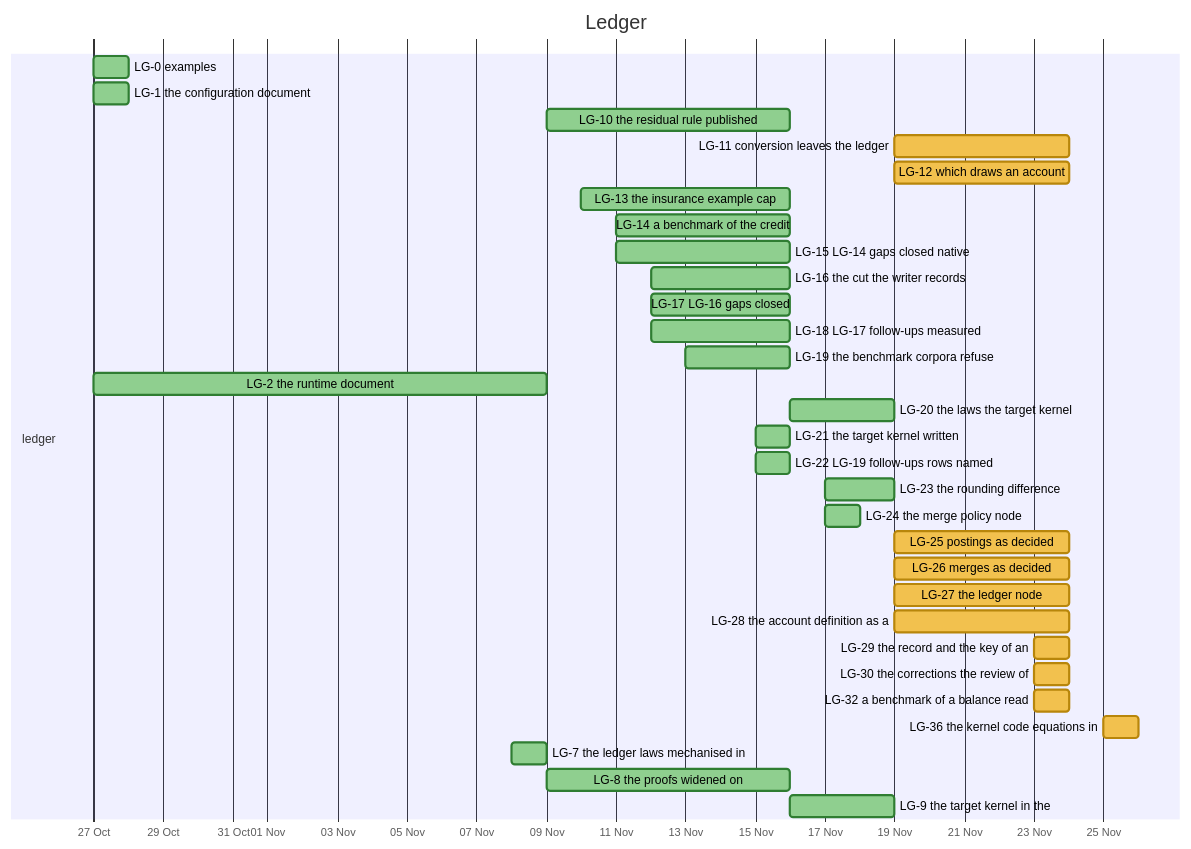
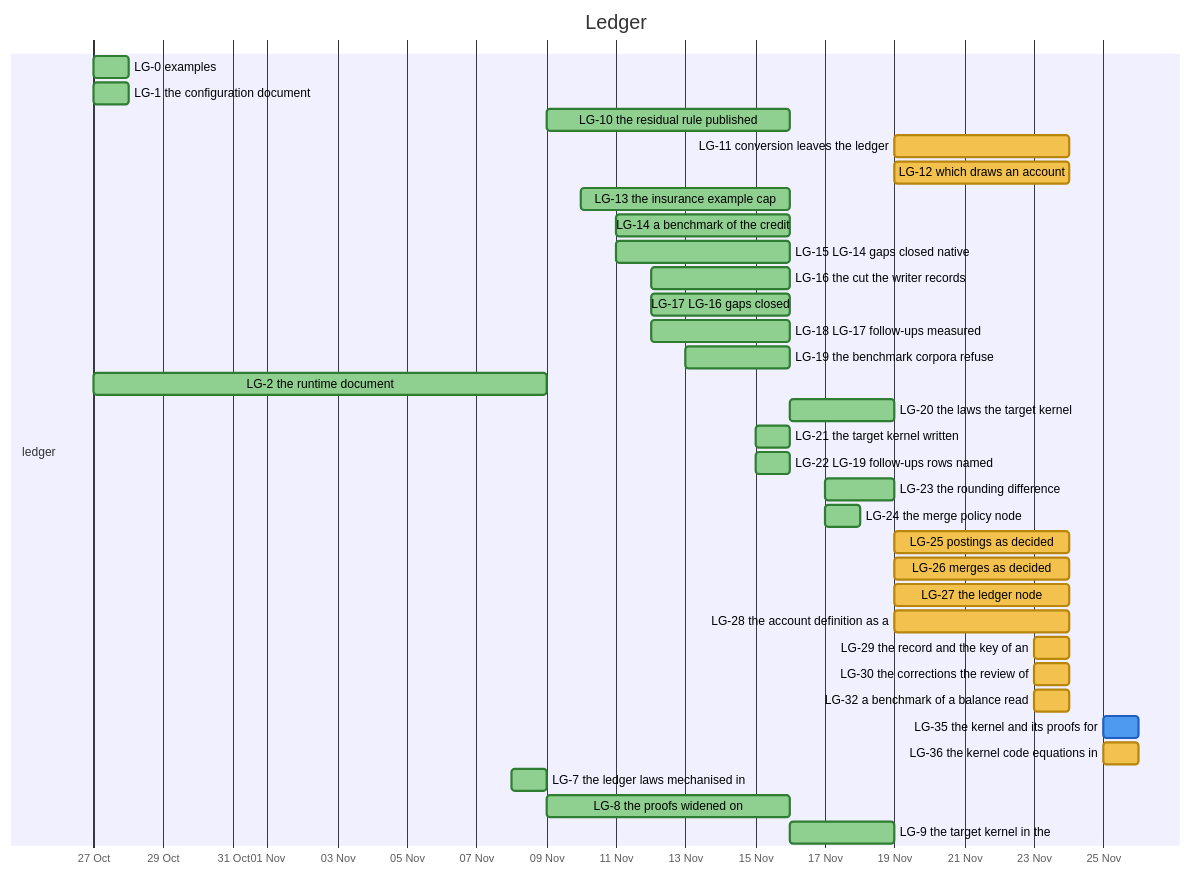
One commit to nebularis/lattice changed the tenth of 32 diagrams in docs/developer/ROADMAP.md. Above: the diagram before and after it, drawn with Mermaid. The commit also changed other lines of this file and 16 other files, not shown here.

````diff
--- a/docs/developer/ROADMAP.md
+++ b/docs/developer/ROADMAP.md
@@ -338,37 +338,38 @@
 ```mermaid
 %%{init: {"themeVariables": {"taskBkgColor": "#f2c14e", "taskBorderColor": "#b8860b", "taskTextColor": "#000000", "activeTaskBkgColor": "#4e9af1", "activeTaskBorderColor": "#1f5fbf", "activeTaskBorderColor": "#1f5fbf", "doneTaskBkgColor": "#8fcf8f", "doneTaskBorderColor": "#2f7d32", "critBkgColor": "#f28b82", "critBorderColor": "#b23a30", "taskTextDarkColor": "#000000", "taskTextLightColor": "#000000"}}}%%
 gantt
     title Ledger
     dateFormat YYYY-MM-DD
     axisFormat %d %b
     section ledger
     LG-0 examples :done, lg0, 2026-10-27, 2026-10-28
     LG-1 the configuration document :done, lg1, 2026-10-27, 2026-10-28
     LG-10 the residual rule published :done, lg10, 2026-11-09, 2026-11-16
     LG-11 conversion leaves the ledger :lg11, 2026-11-19, 2026-11-24
     LG-12 which draws an account :lg12, 2026-11-19, 2026-11-24
     LG-13 the insurance example cap :done, lg13, 2026-11-10, 2026-11-16
     LG-14 a benchmark of the credit :done, lg14, 2026-11-11, 2026-11-16
     LG-15 LG-14 gaps closed native :done, lg15, 2026-11-11, 2026-11-16
     LG-16 the cut the writer records :done, lg16, 2026-11-12, 2026-11-16
     LG-17 LG-16 gaps closed :done, lg17, 2026-11-12, 2026-11-16
     LG-18 LG-17 follow-ups measured :done, lg18, 2026-11-12, 2026-11-16
     LG-19 the benchmark corpora refuse :done, lg19, 2026-11-13, 2026-11-16
     LG-2 the runtime document :done, lg2, 2026-10-27, 2026-11-09
     LG-20 the laws the target kernel :done, lg20, 2026-11-16, 2026-11-19
     LG-21 the target kernel written :done, lg21, 2026-11-15, 2026-11-16
     LG-22 LG-19 follow-ups rows named :done, lg22, 2026-11-15, 2026-11-16
     LG-23 the rounding difference :done, lg23, 2026-11-17, 2026-11-19
     LG-24 the merge policy node :done, lg24, 2026-11-17, 2026-11-18
     LG-25 postings as decided :lg25, 2026-11-19, 2026-11-24
     LG-26 merges as decided :lg26, 2026-11-19, 2026-11-24
     LG-27 the ledger node :lg27, 2026-11-19, 2026-11-24
     LG-28 the account definition as a :lg28, 2026-11-19, 2026-11-24
     LG-29 the record and the key of an :lg29, 2026-11-23, 2026-11-24
     LG-30 the corrections the review of :lg30, 2026-11-23, 2026-11-24
     LG-32 a benchmark of a balance read :lg32, 2026-11-23, 2026-11-24
+    LG-35 the kernel and its proofs for :active, lg35, 2026-11-25, 2026-11-26
     LG-36 the kernel code equations in :lg36, 2026-11-25, 2026-11-26
     LG-7 the ledger laws mechanised in :done, lg7, 2026-11-08, 2026-11-09
     LG-8 the proofs widened on :done, lg8, 2026-11-09, 2026-11-16
     LG-9 the target kernel in the :done, lg9, 2026-11-16, 2026-11-19
 ```
````
